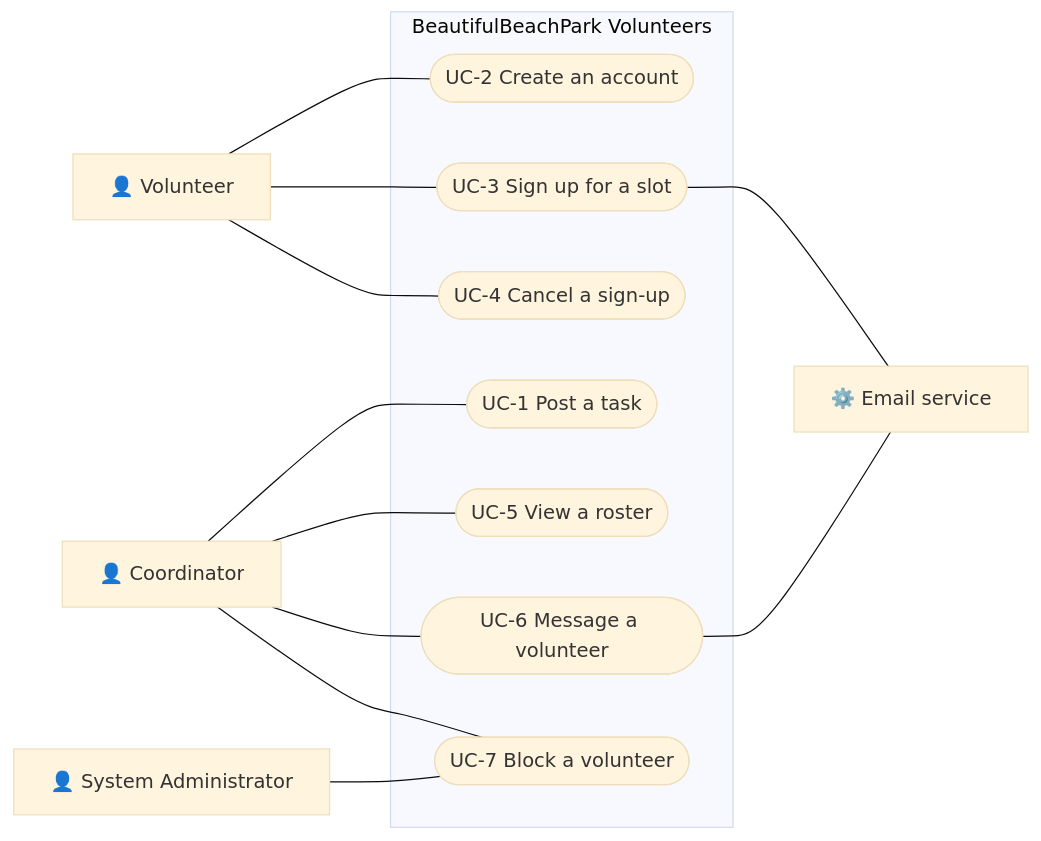
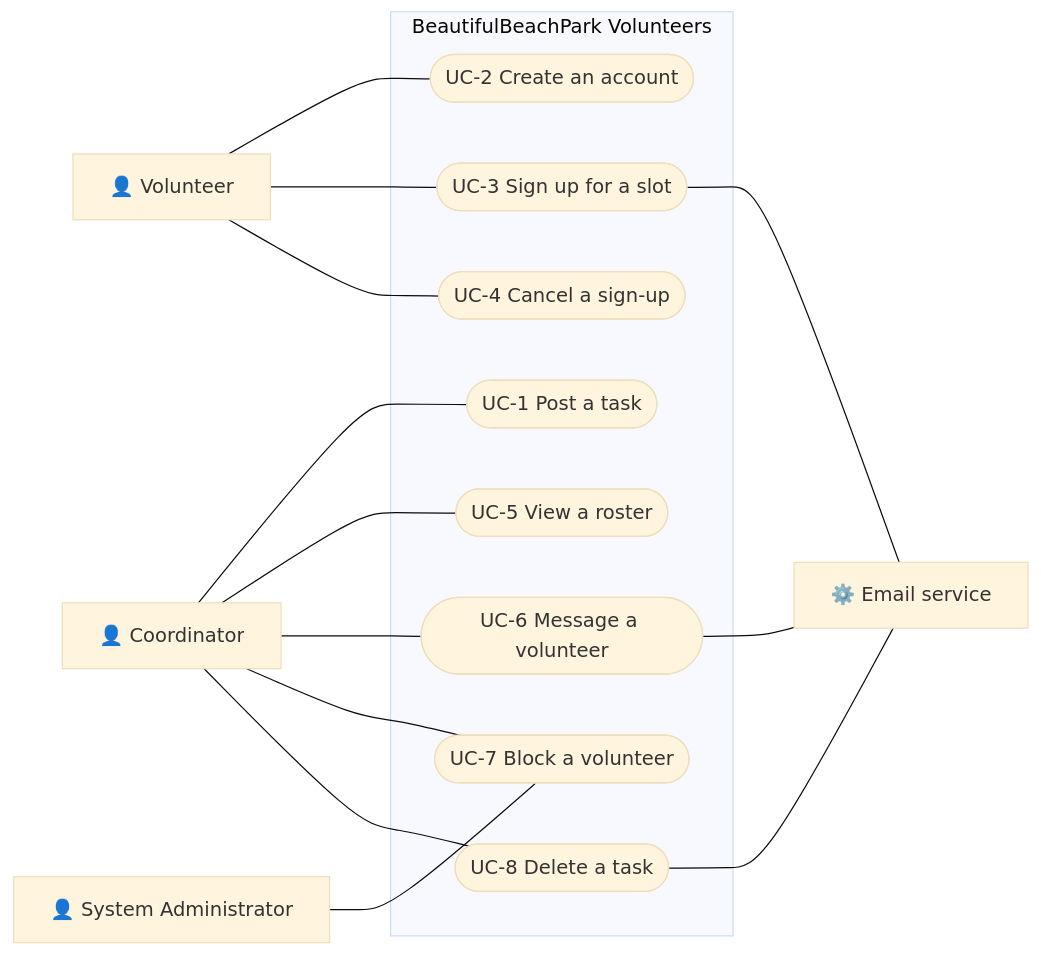
One commit to b0ts/ai_assisted_sdlc_workflow changed the diagram in samples/BeautifulBeachParkVolunteers/docs/d03-01-prd.md. Above: the diagram before and after it, drawn with Mermaid (base theme). The commit also changed other lines of this file and 43 other files, not shown here.

````diff
--- a/samples/BeautifulBeachParkVolunteers/docs/d03-01-prd.md
+++ b/samples/BeautifulBeachParkVolunteers/docs/d03-01-prd.md
@@ -45,26 +45,29 @@
 ```mermaid
 flowchart LR
     V["👤 Volunteer"]
     C["👤 Coordinator"]
     A["👤 System Administrator"]
     E["⚙️ Email service"]
     subgraph System["BeautifulBeachPark Volunteers"]
         UC1(["UC-1 Post a task"])
         UC2(["UC-2 Create an account"])
         UC3(["UC-3 Sign up for a slot"])
         UC4(["UC-4 Cancel a sign-up"])
         UC5(["UC-5 View a roster"])
         UC6(["UC-6 Message a volunteer"])
         UC7(["UC-7 Block a volunteer"])
+        UC8(["UC-8 Delete a task"])
     end
     C --- UC1
     V --- UC2
     V --- UC3
     V --- UC4
     C --- UC5
     C --- UC6
     C --- UC7
     A --- UC7
+    C --- UC8
+    UC8 --- E
     UC3 --- E
     UC6 --- E
 ```
````
